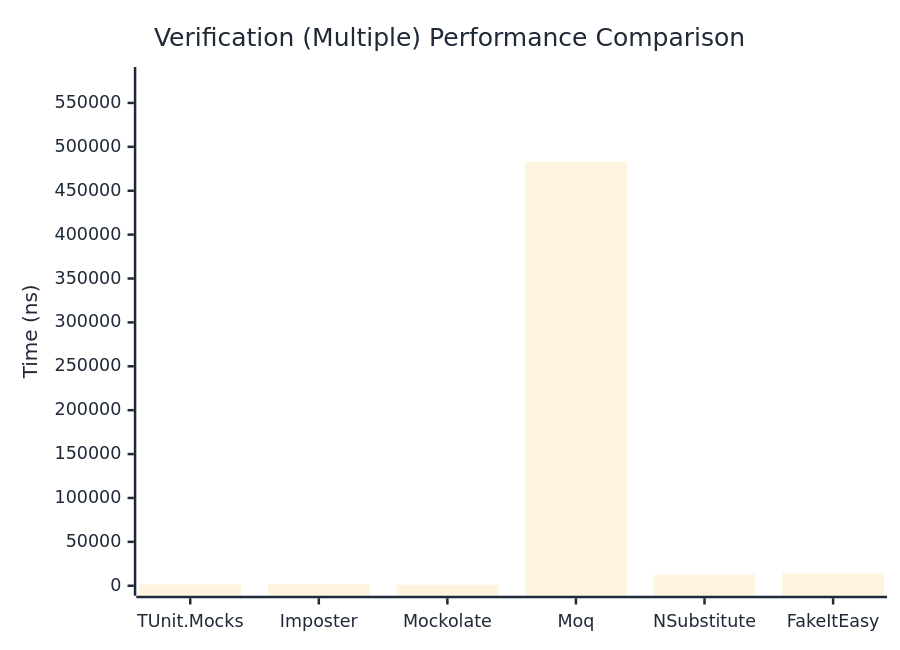
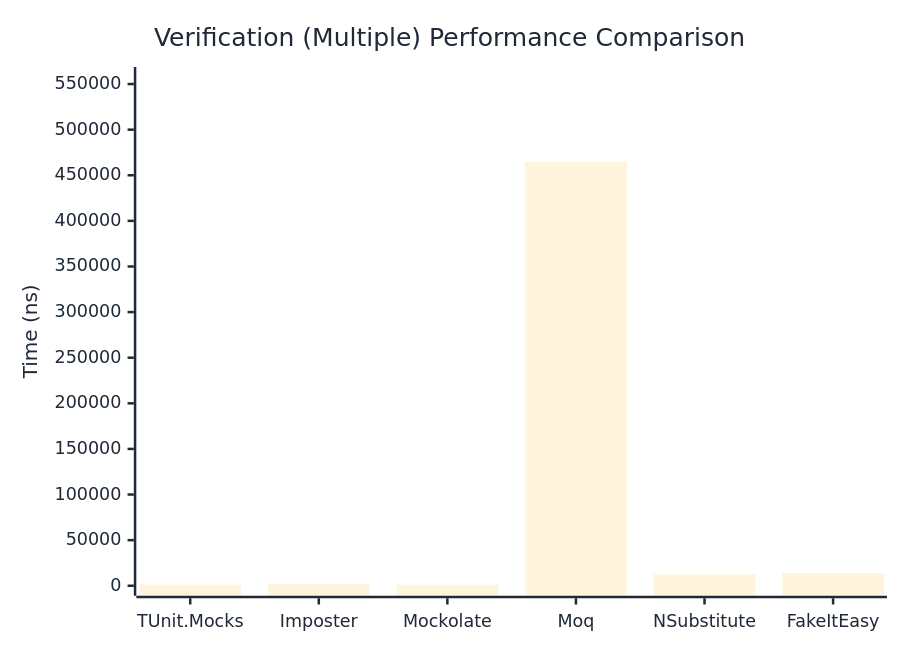
The third of 3 diagrams in docs/docs/benchmarks/mocks/Verification.md (thomhurst/TUnit), drawn with Mermaid before and after one commit. The commit also changed other lines of this file and 14 other files, not shown here.

````diff
--- a/docs/docs/benchmarks/mocks/Verification.md
+++ b/docs/docs/benchmarks/mocks/Verification.md
@@ -112,27 +112,27 @@
 ```mermaid
 %%{init: {
   'theme':'base',
   'themeVariables': {
     'primaryColor': '#2563eb',
     'primaryTextColor': '#1f2937',
     'primaryBorderColor': '#1e40af',
     'lineColor': '#6b7280',
     'secondaryColor': '#7c3aed',
     'tertiaryColor': '#dc2626',
     'background': '#ffffff',
     'pie1': '#2563eb',
     'pie2': '#7c3aed',
     'pie3': '#dc2626',
     'pie4': '#f59e0b',
     'pie5': '#10b981',
     'pie6': '#06b6d4',
     'pie7': '#ec4899',
     'pie8': '#6366f1'
   }
 }}%%
 xychart-beta
   title "Verification (Multiple) Performance Comparison"
   x-axis ["TUnit.Mocks", "Imposter", "Mockolate", "Moq", "NSubstitute", "FakeItEasy"]
-  y-axis "Time (ns)" 0 --> 579555
-  bar [1312.16, 1877.09, 1193.3, 482961.94, 12670.56, 13901.63]
+  y-axis "Time (ns)" 0 --> 557722
+  bar [1272.48, 1770.07, 1119.32, 464767.97, 12396.51, 13902.93]
 ```
````
